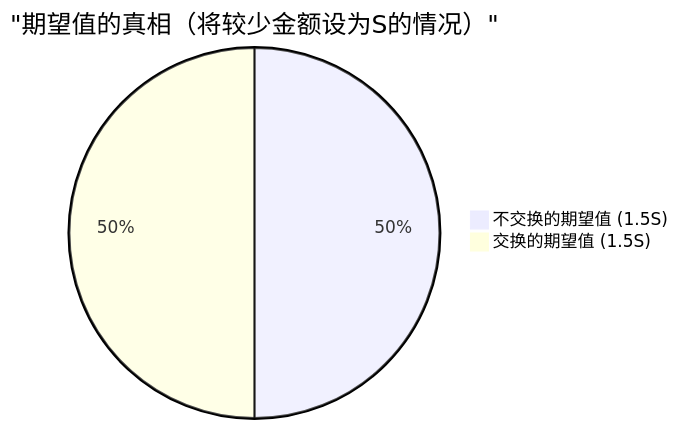
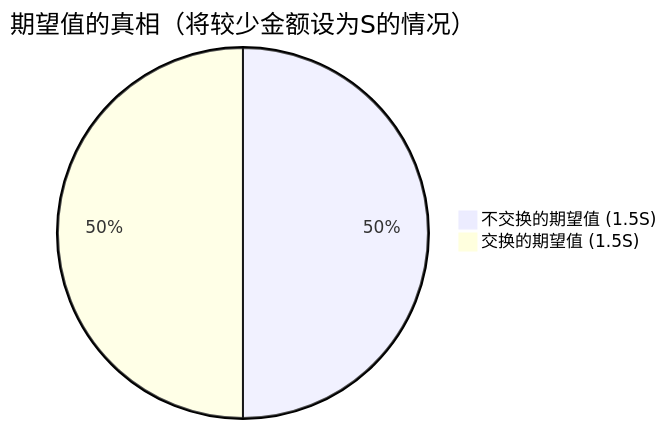
One commit to kenjinote/blog changed the second of 2 diagrams in content/post/2つの封筒のパラドックス/index.zh-cn.md. Above: the diagram before and after it, drawn with Mermaid. The commit also changed other lines of this file and 703 other files, not shown here.

Commit message:
Fix: Remove quotes from Mermaid link texts and timeline definitions to support Mermaid 11.4.1

````diff
--- a/content/post/2つの封筒のパラドックス/index.zh-cn.md
+++ b/content/post/2つの封筒のパラドックス/index.zh-cn.md
@@ -113,5 +113,5 @@
 ```mermaid
-pie title "期望值的真相（将较少金额设为S的情况）"
+pie title 期望值的真相（将较少金额设为S的情况）
     "不交换的期望值 (1.5S)" : 50
     "交换的期望值 (1.5S)" : 50
 ```
````
